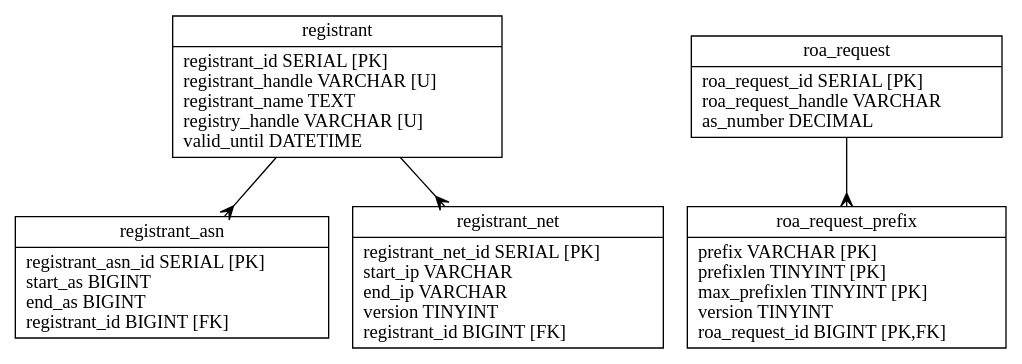
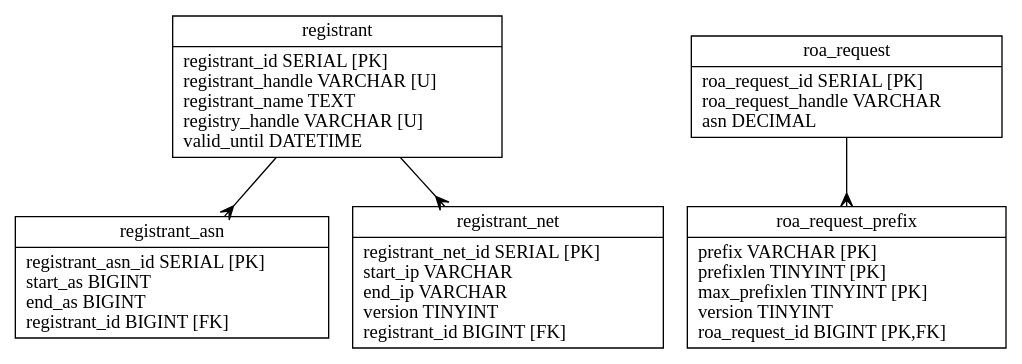
Before and after one commit to dragonresearch/rpki.net: the diagram in rpkid/doc/irdbd.dot, drawn with Graphviz. The commit also changed 25 other files, not shown here.

First line of the commit message:
Convert ROA generation code from push model (<route_origin/> objects in rpkid) to pull model (IRDB for <list_roa_request/> queries).

```diff
--- a/rpkid/doc/irdbd.dot
+++ b/rpkid/doc/irdbd.dot
@@ -1,15 +1,15 @@
 // Automatically generated from irdbd.sql
 
 digraph test {
 	edge [arrowtail=none, arrowhead=crow];
 	graph [ratio=fill, overlap=false, bgcolor=white];
 	node [label="\N", fillcolor=white, shape=record, style=filled];
 	registrant [label="{registrant\n|registrant_id\ SERIAL\ [PK]\lregistrant_handle\ VARCHAR\ [U]\lregistrant_name\ TEXT\lregistry_handle\ VARCHAR\ [U]\lvalid_until\ DATETIME\l}"];
 	registrant_asn [label="{registrant_asn\n|registrant_asn_id\ SERIAL\ [PK]\lstart_as\ BIGINT\lend_as\ BIGINT\lregistrant_id\ BIGINT\ [FK]\l}"];
 	registrant_net [label="{registrant_net\n|registrant_net_id\ SERIAL\ [PK]\lstart_ip\ VARCHAR\lend_ip\ VARCHAR\lversion\ TINYINT\lregistrant_id\ BIGINT\ [FK]\l}"];
-	roa_request [label="{roa_request\n|roa_request_id\ SERIAL\ [PK]\lroa_request_handle\ VARCHAR\las_number\ DECIMAL\l}"];
+	roa_request [label="{roa_request\n|roa_request_id\ SERIAL\ [PK]\lroa_request_handle\ VARCHAR\lasn\ DECIMAL\l}"];
 	roa_request_prefix [label="{roa_request_prefix\n|prefix\ VARCHAR\ [PK]\lprefixlen\ TINYINT\ [PK]\lmax_prefixlen\ TINYINT\ [PK]\lversion\ TINYINT\lroa_request_id\ BIGINT\ [PK,FK]\l}"];
 	registrant -> registrant_asn;
 	registrant -> registrant_net;
 	roa_request -> roa_request_prefix;
 }
```
